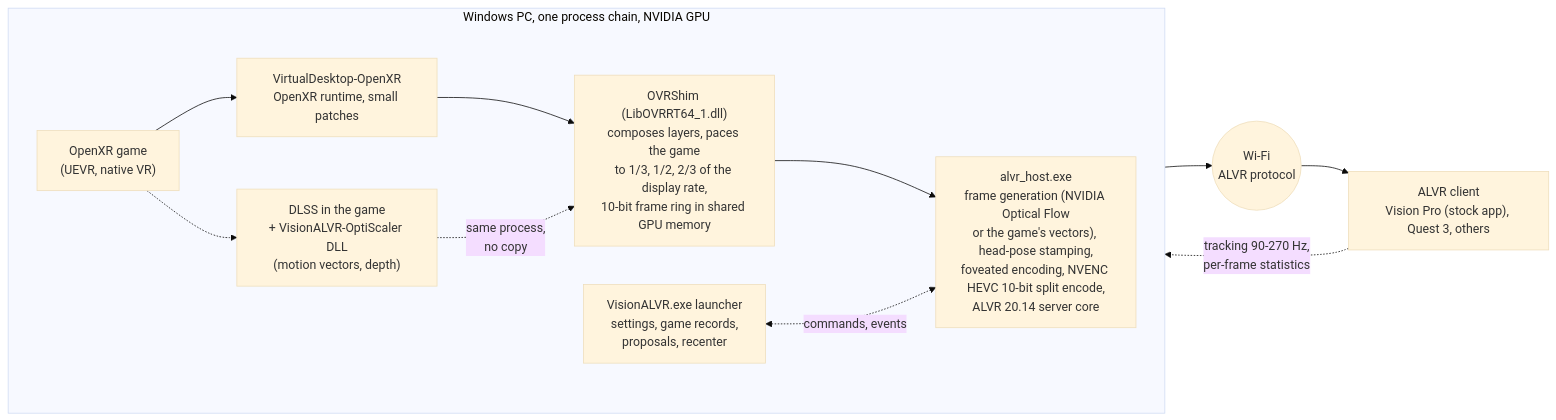
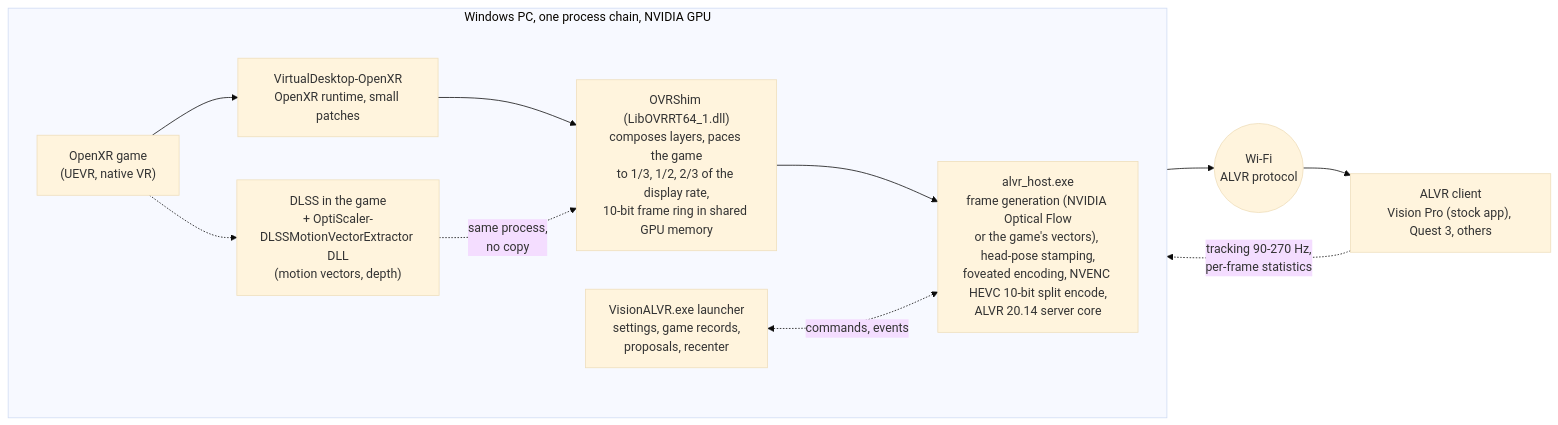
The diagram in README.md (jfbobier/AirFrameXR), drawn with Mermaid (base theme) before and after one commit. The commit also changed other lines of this file and 10 other files, not shown here.

Commit message:
The motion-vector fork is now OptiScaler-DLSSMotionVectorExtractor: every reference, URL and DLL name follows (ABI symbol names unchanged)

````diff
--- a/README.md
+++ b/README.md
@@ -68,19 +68,19 @@
 ```mermaid
 flowchart LR
     subgraph PC["Windows PC, one process chain, NVIDIA GPU"]
         direction LR
         G["OpenXR game<br/>(UEVR, native VR)"]
-        D["DLSS in the game<br/>+ VisionALVR-OptiScaler DLL<br/>(motion vectors, depth)"]
+        D["DLSS in the game<br/>+ OptiScaler-DLSSMotionVectorExtractor DLL<br/>(motion vectors, depth)"]
         V["VirtualDesktop-OpenXR<br/>OpenXR runtime, small patches"]
         S["OVRShim (LibOVRRT64_1.dll)<br/>composes layers, paces the game<br/>to 1/3, 1/2, 2/3 of the display rate,<br/>10-bit frame ring in shared GPU memory"]
         H["alvr_host.exe<br/>frame generation (NVIDIA Optical Flow<br/>or the game's vectors), head-pose stamping,<br/>foveated encoding, NVENC HEVC 10-bit split encode,<br/>ALVR 20.14 server core"]
         L["VisionALVR.exe launcher<br/>settings, game records,<br/>proposals, recenter"]
         G --> V --> S --> H
         G -.-> D -.->|same process,<br/>no copy| S
         L <-.->|commands, events| H
     end
     W(("Wi-Fi<br/>ALVR protocol"))
     C["ALVR client<br/>Vision Pro (stock app), Quest 3, others"]
     H --> W --> C
     C -.->|tracking 90-270 Hz,<br/>per-frame statistics| H
 ```
````
